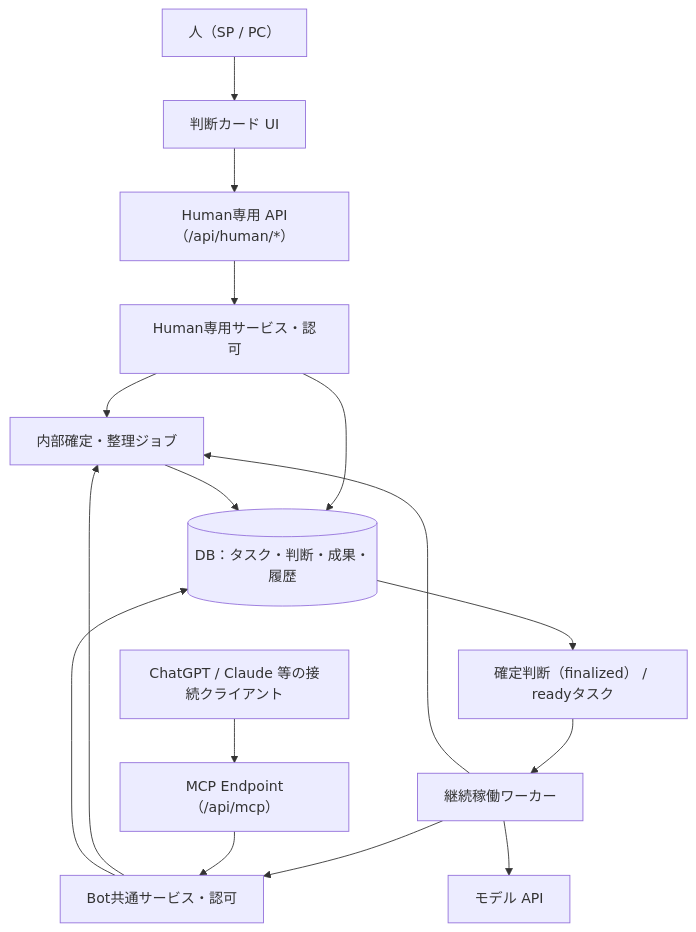
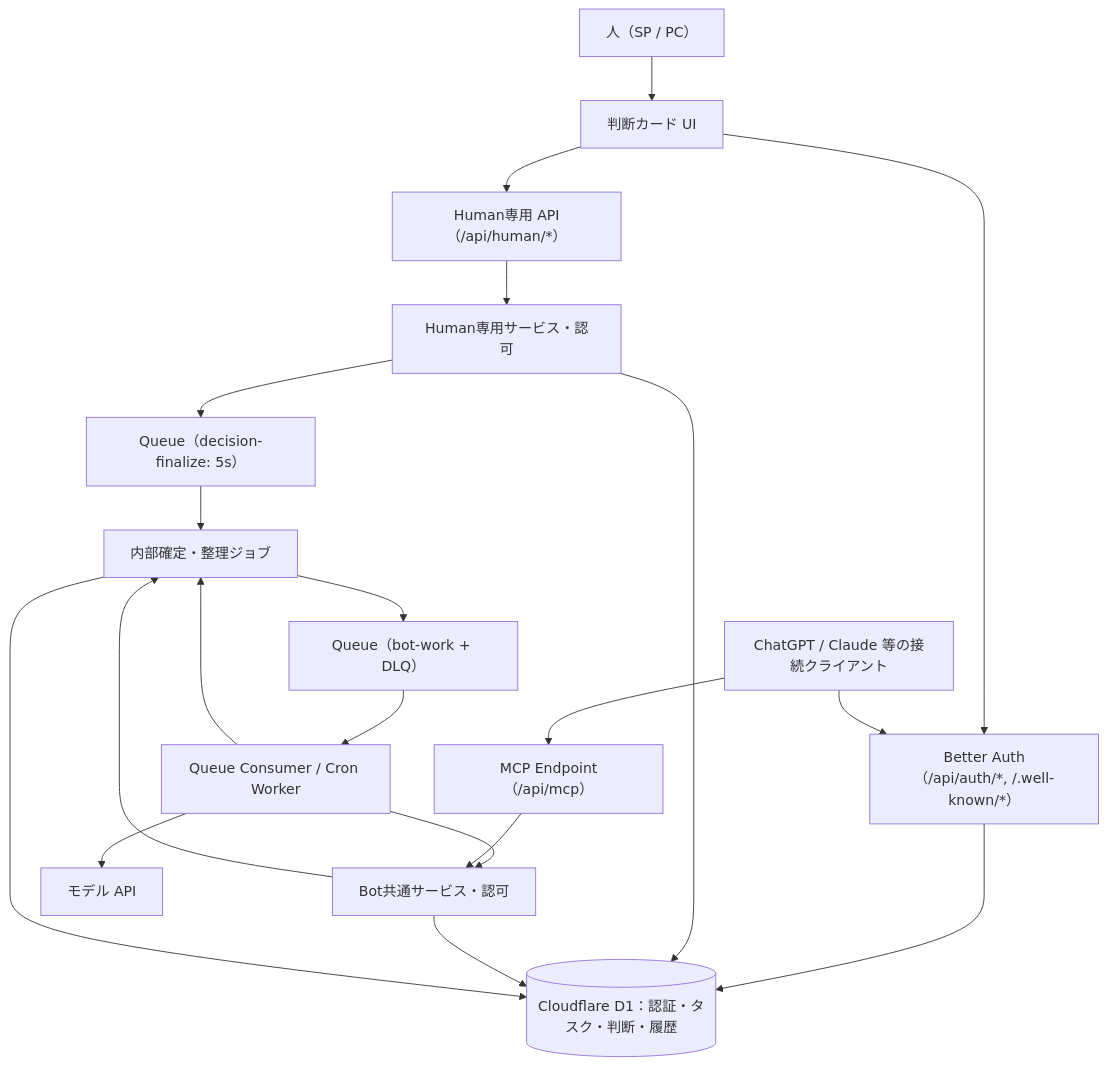
The diagram in docs/bot-integration.md (kkyosuke/bot-board), drawn with Mermaid before and after one commit. The commit also changed other lines of this file and 4 other files, not shown here.

Commit message:
docs: Bun・Better Auth・Cloudflare・Pulumi構成へ仕様を更新

````diff
--- a/docs/bot-integration.md
+++ b/docs/bot-integration.md
@@ -30,18 +30,22 @@
 ```mermaid
 flowchart TD
   H["人（SP / PC）"] --> U["判断カード UI"]
+  U --> A["Better Auth（/api/auth/*, /.well-known/*）"]
   U --> D["Human専用 API（/api/human/*）"]
-  C["ChatGPT / Claude 等の接続クライアント"] --> M["MCP Endpoint（/api/mcp）"]
-  W["継続稼働ワーカー"] --> BS["Bot共通サービス・認可"]
+  C["ChatGPT / Claude 等の接続クライアント"] --> A
+  C --> M["MCP Endpoint（/api/mcp）"]
+  W["Queue Consumer / Cron Worker"] --> BS["Bot共通サービス・認可"]
   W --> P["モデル API"]
   M --> BS
   D --> HS["Human専用サービス・認可"]
-  HS --> SJ["内部確定・整理ジョブ"]
+  HS --> FQ["Queue（decision-finalize: 5s）"]
+  FQ --> SJ["内部確定・整理ジョブ"]
   BS --> SJ
   W --> SJ
-  HS --> DB[("DB：タスク・判断・成果・履歴")]
+  A --> DB[("Cloudflare D1：認証・タスク・判断・履歴")]
+  HS --> DB
   BS --> DB
   SJ --> DB
-  DB --> Q["確定判断（finalized） / readyタスク"]
-  Q --> W
+  SJ --> BQ["Queue（bot-work + DLQ）"]
+  BQ --> W
 ```
````
